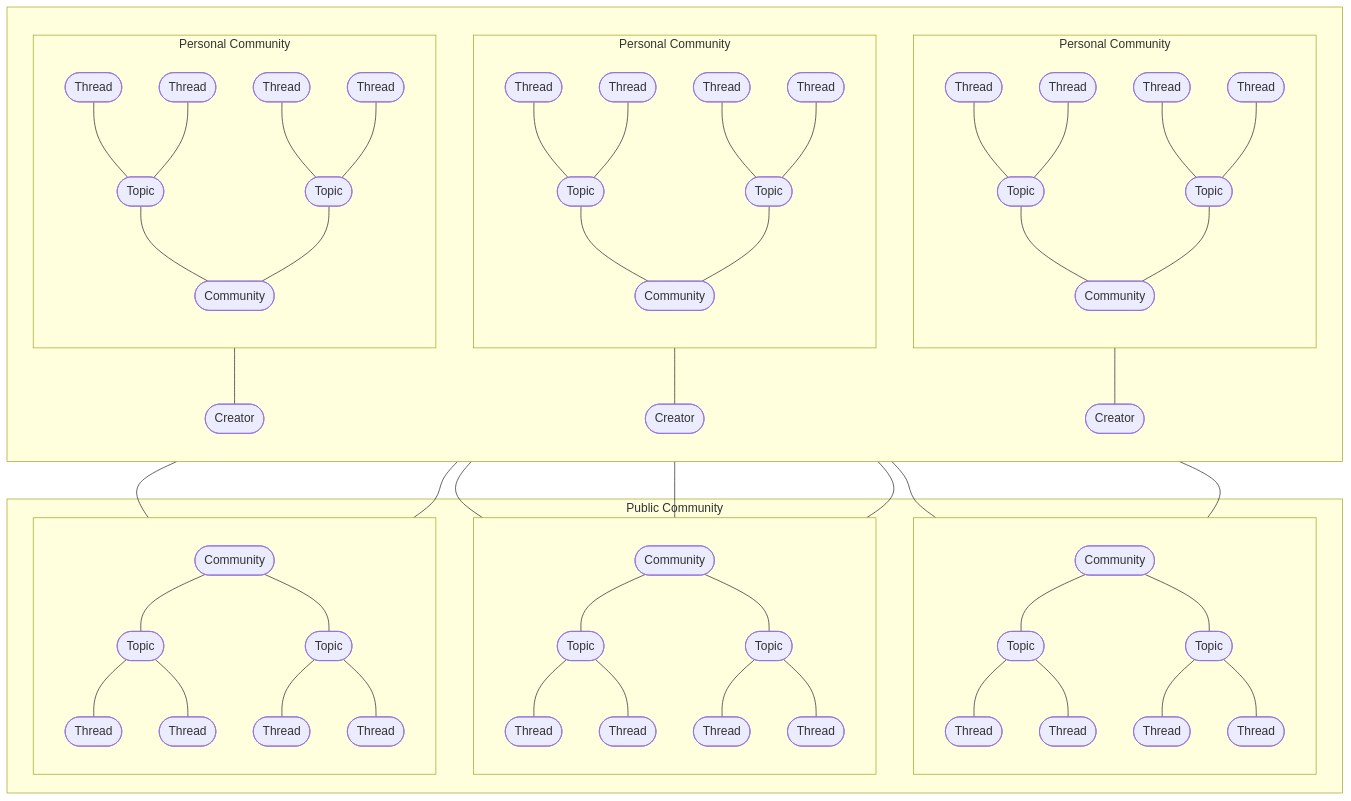
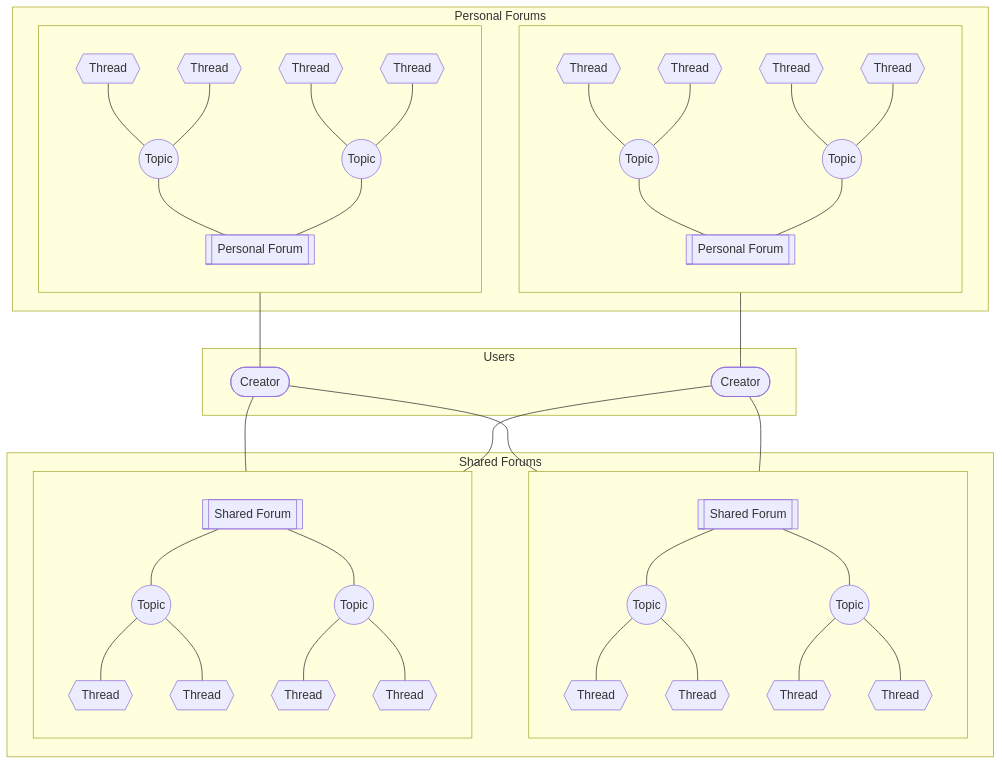
Before and after one commit to creatorsplayground/.github: the diagram in profile/README.md, drawn with Mermaid. The commit also changed other lines of this file, not shown here.

````diff
--- a/profile/README.md
+++ b/profile/README.md
@@ -6,121 +6,82 @@
 ```mermaid
 flowchart TB
-  subgraph user[ ]
-    direction TB
+  subgraph users[Users]
     creator1([Creator])
     creator2([Creator])
-    creator3([Creator])
-    subgraph creator1-community[Personal Community]
-          direction TB
-          creator1-cm([Community])
-          creator1-cm-tp1([Topic])
-          creator1-cm-tp2([Topic])
-          creator1-cm-th1([Thread])
-          creator1-cm-th2([Thread])
-          creator1-cm-th3([Thread])
-          creator1-cm-th4([Thread])
-          creator1-cm-tp1---creator1-cm
-          creator1-cm-tp2---creator1-cm
-          creator1-cm-th1---creator1-cm-tp1
-          creator1-cm-th2---creator1-cm-tp1
-          creator1-cm-th3---creator1-cm-tp2
-          creator1-cm-th4---creator1-cm-tp2
+  end
+  subgraph prsnlFrms[Personal Forums]
+    subgraph prsnlFrm1[ ]
+      direction BT
+      prsnlFrm1-frm[[Personal Forum]]
+      prsnlFrm1-tpc1((Topic))
+      prsnlFrm1-tpc1-thrd1{{Thread}}
+      prsnlFrm1-tpc1-thrd2{{Thread}}
+      prsnlFrm1-tpc2((Topic))
+      prsnlFrm1-tpc2-thrd1{{Thread}}
+      prsnlFrm1-tpc2-thrd2{{Thread}}
+      prsnlFrm1-frm---prsnlFrm1-tpc1
+      prsnlFrm1-frm---prsnlFrm1-tpc2
+      prsnlFrm1-tpc1---prsnlFrm1-tpc1-thrd1
+      prsnlFrm1-tpc1---prsnlFrm1-tpc1-thrd2
+      prsnlFrm1-tpc2---prsnlFrm1-tpc2-thrd1
+      prsnlFrm1-tpc2---prsnlFrm1-tpc2-thrd2
     end
-    subgraph creator2-community[Personal Community]
-          direction TB
-          creator2-cm([Community])
-          creator2-cm-tp1([Topic])
-          creator2-cm-tp2([Topic])
-          creator2-cm-th1([Thread])
-          creator2-cm-th2([Thread])
-          creator2-cm-th3([Thread])
-          creator2-cm-th4([Thread])
-          creator2-cm-tp1---creator2-cm
-          creator2-cm-tp2---creator2-cm
-          creator2-cm-th1---creator2-cm-tp1
-          creator2-cm-th2---creator2-cm-tp1
-          creator2-cm-th3---creator2-cm-tp2
-          creator2-cm-th4---creator2-cm-tp2
+    subgraph prsnlFrm2[ ]
+      direction BT
+      prsnlFrm2-frm[[Personal Forum]]
+      prsnlFrm2-tpc1((Topic))
+      prsnlFrm2-tpc1-thrd1{{Thread}}
+      prsnlFrm2-tpc1-thrd2{{Thread}}
+      prsnlFrm2-tpc2((Topic))
+      prsnlFrm2-tpc2-thrd1{{Thread}}
+      prsnlFrm2-tpc2-thrd2{{Thread}}
+      prsnlFrm2-frm---prsnlFrm2-tpc1
+      prsnlFrm2-frm---prsnlFrm2-tpc2
+      prsnlFrm2-tpc1---prsnlFrm2-tpc1-thrd1
+      prsnlFrm2-tpc1---prsnlFrm2-tpc1-thrd2
+      prsnlFrm2-tpc2---prsnlFrm2-tpc2-thrd1
+      prsnlFrm2-tpc2---prsnlFrm2-tpc2-thrd2
     end
-    subgraph creator3-community[Personal Community]
-          direction TB
-          creator3-cm([Community])
-          creator3-cm-tp1([Topic])
-          creator3-cm-tp2([Topic])
-          creator3-cm-th1([Thread])
-          creator3-cm-th2([Thread])
-          creator3-cm-th3([Thread])
-          creator3-cm-th4([Thread])
-          creator3-cm-tp1---creator3-cm
-          creator3-cm-tp2---creator3-cm
-          creator3-cm-th1---creator3-cm-tp1
-          creator3-cm-th2---creator3-cm-tp1
-          creator3-cm-th3---creator3-cm-tp2
-          creator3-cm-th4---creator3-cm-tp2
+  end
+  subgraph shrFrms[Shared Forums]
+    subgraph shrFrm1[ ]
+      direction TB
+      shrFrm1-frm[[Shared Forum]]
+      shrFrm1-tpc1((Topic))
+      shrFrm1-tpc1-thrd1{{Thread}}
+      shrFrm1-tpc1-thrd2{{Thread}}
+      shrFrm1-tpc2((Topic))
+      shrFrm1-tpc2-thrd1{{Thread}}
+      shrFrm1-tpc2-thrd2{{Thread}}
+      shrFrm1-frm---shrFrm1-tpc1
+      shrFrm1-frm---shrFrm1-tpc2
+      shrFrm1-tpc1---shrFrm1-tpc1-thrd1
+      shrFrm1-tpc1---shrFrm1-tpc1-thrd2
+      shrFrm1-tpc2---shrFrm1-tpc2-thrd1
+      shrFrm1-tpc2---shrFrm1-tpc2-thrd2
     end
-    creator1-community---creator1
-    creator2-community---creator2
-    creator3-community---creator3
+    subgraph shrFrm2[ ]
+      direction TB
+      shrFrm2-frm[[Shared Forum]]
+      shrFrm2-tpc1((Topic))
+      shrFrm2-tpc1-thrd1{{Thread}}
+      shrFrm2-tpc1-thrd2{{Thread}}
+      shrFrm2-tpc2((Topic))
+      shrFrm2-tpc2-thrd1{{Thread}}
+      shrFrm2-tpc2-thrd2{{Thread}}
+      shrFrm2-frm---shrFrm2-tpc1
+      shrFrm2-frm---shrFrm2-tpc2
+      shrFrm2-tpc1---shrFrm2-tpc1-thrd1
+      shrFrm2-tpc1---shrFrm2-tpc1-thrd2
+      shrFrm2-tpc2---shrFrm2-tpc2-thrd1
+      shrFrm2-tpc2---shrFrm2-tpc2-thrd2
+    end
   end
-  
-  subgraph public-community[Public Community]
-    subgraph pc-1[ ]
-          direction TB
-          cm01([Community])
-          cm01-tp01([Topic])
-          cm01-tp02([Topic])
-          cm01-th01([Thread])
-          cm01-th02([Thread])
-          cm01-th03([Thread])
-          cm01-th04([Thread])
-          cm01---cm01-tp01
-          cm01---cm01-tp02
-          cm01-tp01---cm01-th01
-          cm01-tp01---cm01-th02
-          cm01-tp02---cm01-th03
-          cm01-tp02---cm01-th04
-      end
 
-    subgraph pc-2[ ]
-          direction TB
-          cm02([Community])
-          cm02-tp01([Topic])
-          cm02-tp02([Topic])
-          cm02-th01([Thread])
-          cm02-th02([Thread])
-          cm02-th03([Thread])
-          cm02-th04([Thread])
-          cm02---cm02-tp01
-          cm02---cm02-tp02
-          cm02-tp01---cm02-th01
-          cm02-tp01---cm02-th02
-          cm02-tp02---cm02-th03
-          cm02-tp02---cm02-th04
-    end
-
-    subgraph pc-3[ ]
-          direction TB
-          cm03([Community])
-          cm03-tp01([Topic])
-          cm03-tp02([Topic])
-          cm03-th01([Thread])
-          cm03-th02([Thread])
-          cm03-th03([Thread])
-          cm03-th04([Thread])
-          cm03---cm03-tp01
-          cm03---cm03-tp02
-          cm03-tp01---cm03-th01
-          cm03-tp01---cm03-th02
-          cm03-tp02---cm03-th03
-          cm03-tp02---cm03-th04
-    end
-
-  end
-  creator1---pc-1
-  creator1---pc-2
-  creator2---pc-1
-  creator2---pc-2
-  creator2---pc-3
-  creator3---pc-2
-  creator3---pc-3
+  prsnlFrm1---creator1
+  prsnlFrm2---creator2
+  creator1---shrFrm1
+  creator1---shrFrm2
+  creator2---shrFrm1
+  creator2---shrFrm2
 ```
````
